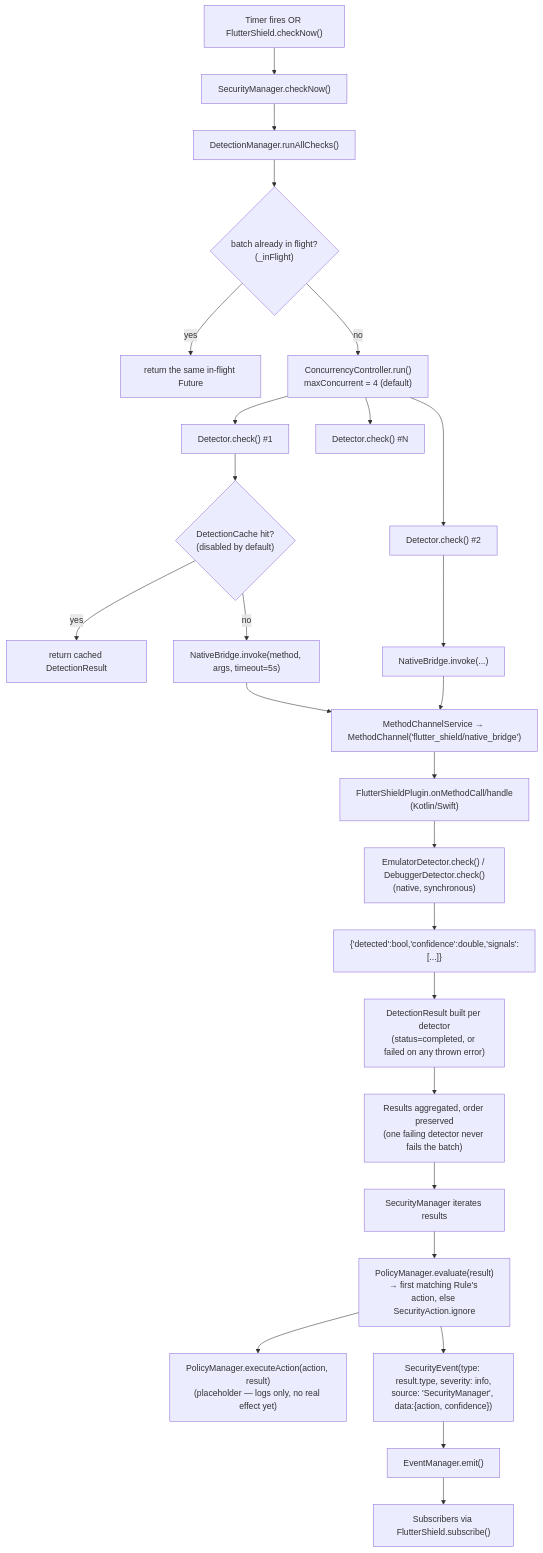
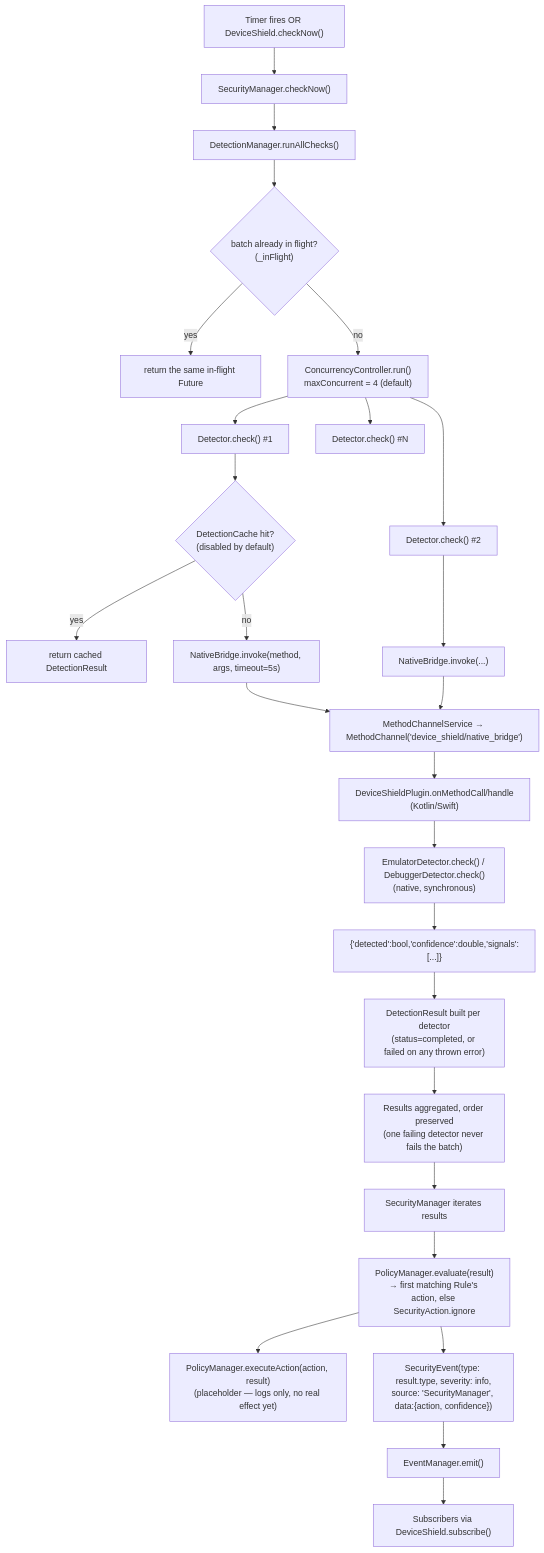
One commit to Vikaskumar75/device-shield changed the third of 7 diagrams in PLUGIN_FLOW_TRACE.md. Above: the diagram before and after it, drawn with Mermaid. The commit also changed other lines of this file and 225 other files, not shown here.

First line of the commit message:
Add documentation for device_shield including FAQ, troubleshooting, installation, and platform setup

````diff
--- a/PLUGIN_FLOW_TRACE.md
+++ b/PLUGIN_FLOW_TRACE.md
@@ -172,28 +172,28 @@
 ```mermaid
 flowchart TD
-    TRIG["Timer fires OR FlutterShield.checkNow()"] --> SM["SecurityManager.checkNow()"]
+    TRIG["Timer fires OR DeviceShield.checkNow()"] --> SM["SecurityManager.checkNow()"]
     SM --> DM["DetectionManager.runAllChecks()"]
     DM --> GUARD{"batch already in flight?\n(_inFlight)"}
     GUARD -->|yes| REUSE["return the same in-flight Future"]
     GUARD -->|no| POOL["ConcurrencyController.run()\nmaxConcurrent = 4 (default)"]
     POOL --> D1["Detector.check() #1"]
     POOL --> D2["Detector.check() #2"]
     POOL --> DN["Detector.check() #N"]
     D1 --> CACHE1{"DetectionCache hit?\n(disabled by default)"}
     CACHE1 -->|yes| SKIP1["return cached DetectionResult"]
     CACHE1 -->|no| NB1["NativeBridge.invoke(method, args, timeout=5s)"]
     D2 --> NB2["NativeBridge.invoke(...)"]
-    NB1 --> MCS["MethodChannelService → MethodChannel('flutter_shield/native_bridge')"]
+    NB1 --> MCS["MethodChannelService → MethodChannel('device_shield/native_bridge')"]
     NB2 --> MCS
-    MCS --> NATIVE["FlutterShieldPlugin.onMethodCall/handle\n(Kotlin/Swift)"]
+    MCS --> NATIVE["DeviceShieldPlugin.onMethodCall/handle\n(Kotlin/Swift)"]
     NATIVE --> NATIVE_D["EmulatorDetector.check() / DebuggerDetector.check()\n(native, synchronous)"]
     NATIVE_D --> RESP["{'detected':bool,'confidence':double,'signals':[...]}"]
     RESP --> DR["DetectionResult built per detector\n(status=completed, or failed on any thrown error)"]
     DR --> AGG["Results aggregated, order preserved\n(one failing detector never fails the batch)"]
     AGG --> SM2["SecurityManager iterates results"]
     SM2 --> POL["PolicyManager.evaluate(result)\n→ first matching Rule's action, else SecurityAction.ignore"]
     POL --> EXEC["PolicyManager.executeAction(action, result)\n(placeholder — logs only, no real effect yet)"]
     POL --> EVTC["SecurityEvent(type: result.type, severity: info,\nsource: 'SecurityManager', data:{action, confidence})"]
     EVTC --> EM["EventManager.emit()"]
-    EM --> SUB["Subscribers via FlutterShield.subscribe()"]
+    EM --> SUB["Subscribers via DeviceShield.subscribe()"]
 ```
````
